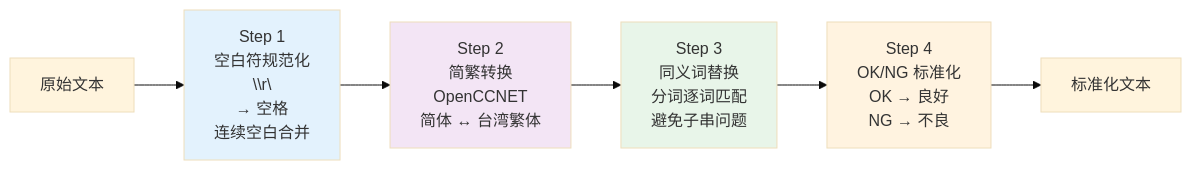
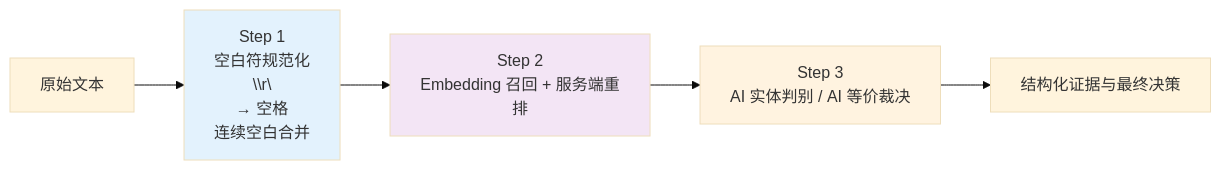
One commit to xiaocaiisxiaocai/AcceptanceSpecRecognition changed diagram 12 of 28 in docs/design-overview.md. Above: the diagram before and after it, drawn with Mermaid (base theme). The commit also changed other lines of this file and 255 other files, not shown here.

````diff
--- a/docs/design-overview.md
+++ b/docs/design-overview.md
@@ -427,13 +432,11 @@
 ```mermaid
 flowchart LR
     INPUT[原始文本] --> S1[Step 1<br/>空白符规范化<br/>\\r\\n → 空格<br/>连续空白合并]
-    S1 --> S2[Step 2<br/>简繁转换<br/>OpenCCNET<br/>简体 ↔ 台湾繁体]
-    S2 --> S3[Step 3<br/>同义词替换<br/>分词逐词匹配<br/>避免子串问题]
-    S3 --> S4[Step 4<br/>OK/NG 标准化<br/>OK → 良好<br/>NG → 不良]
-    S4 --> OUTPUT[标准化文本]
+    S1 --> S2[Step 2<br/>Embedding 召回 + 服务端重排]
+    S2 --> S3[Step 3<br/>AI 实体判别 / AI 等价裁决]
+    S3 --> OUTPUT[结构化证据与最终决策]
 
     style S1 fill:#E3F2FD
     style S2 fill:#F3E5F5
-    style S3 fill:#E8F5E9
-    style S4 fill:#FFF3E0
+    style S3 fill:#FFF3E0
 ```
````
